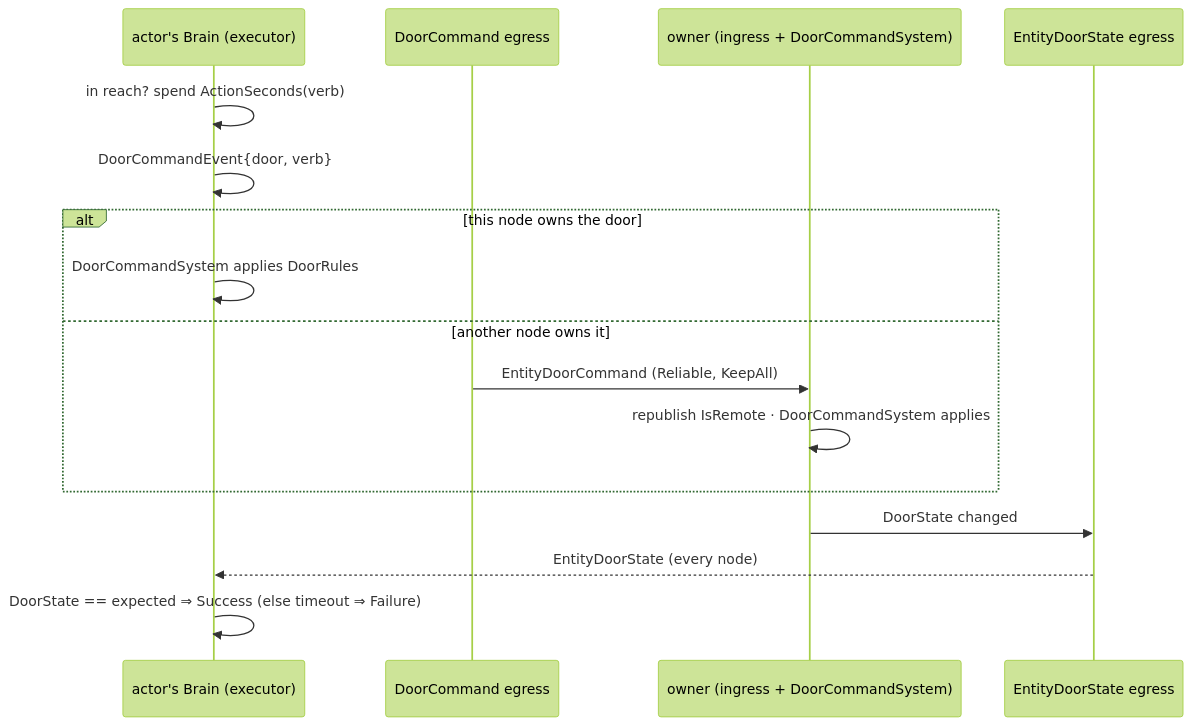
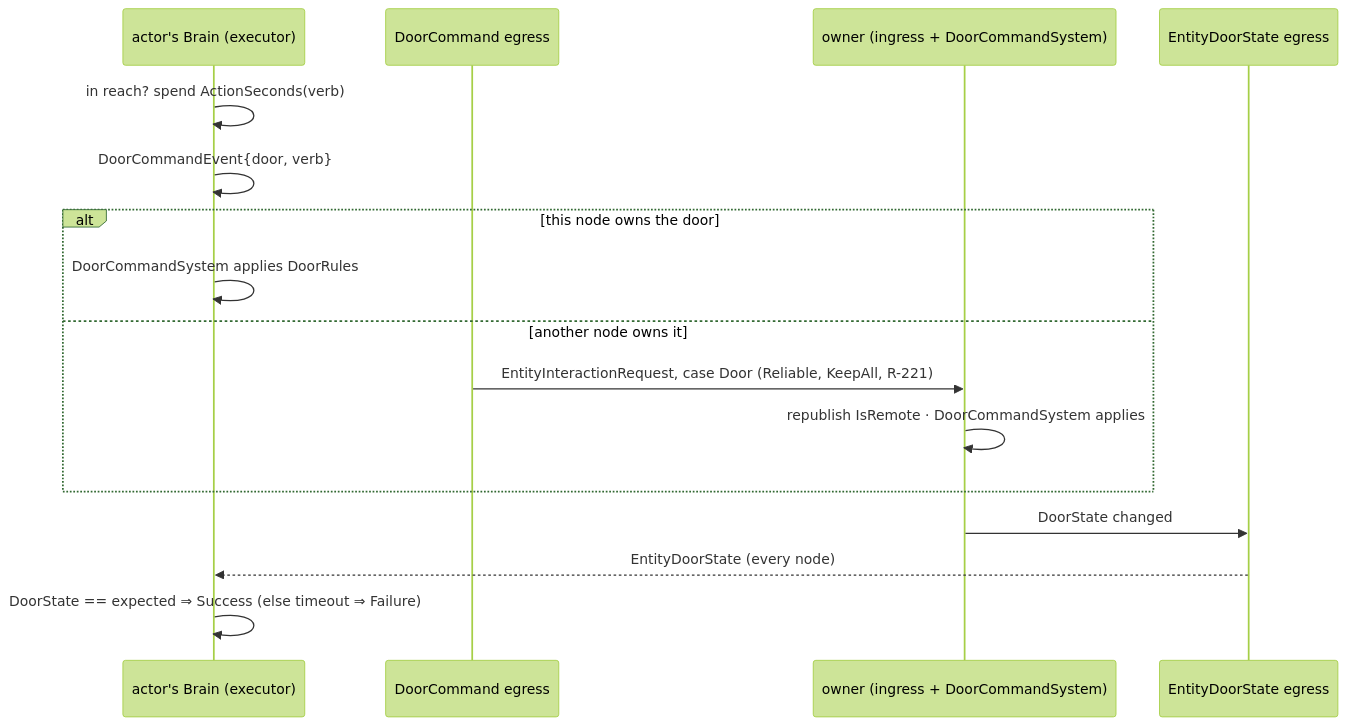
Diagram 18 of 22 in docs/DESIGN_Building_Interiors.md (pjanec/HROT), drawn with Mermaid (forest theme) before and after one commit. The commit also changed other lines of this file and 10 other files, not shown here.

````diff
--- a/docs/DESIGN_Building_Interiors.md
+++ b/docs/DESIGN_Building_Interiors.md
@@ -812,18 +812,18 @@
 ```mermaid
 sequenceDiagram
     participant A as actor's Brain (executor)
     participant E as DoorCommand egress
     participant O as owner (ingress + DoorCommandSystem)
     participant S as EntityDoorState egress
     A->>A: in reach? spend ActionSeconds(verb)
     A->>A: DoorCommandEvent{door, verb}
     alt this node owns the door
         A->>A: DoorCommandSystem applies DoorRules
     else another node owns it
-        E->>O: EntityDoorCommand (Reliable, KeepAll)
+        E->>O: EntityInteractionRequest, case Door (Reliable, KeepAll, R-221)
         O->>O: republish IsRemote · DoorCommandSystem applies
     end
     O->>S: DoorState changed
     S-->>A: EntityDoorState (every node)
     A->>A: DoorState == expected ⇒ Success (else timeout ⇒ Failure)
 ```
````
